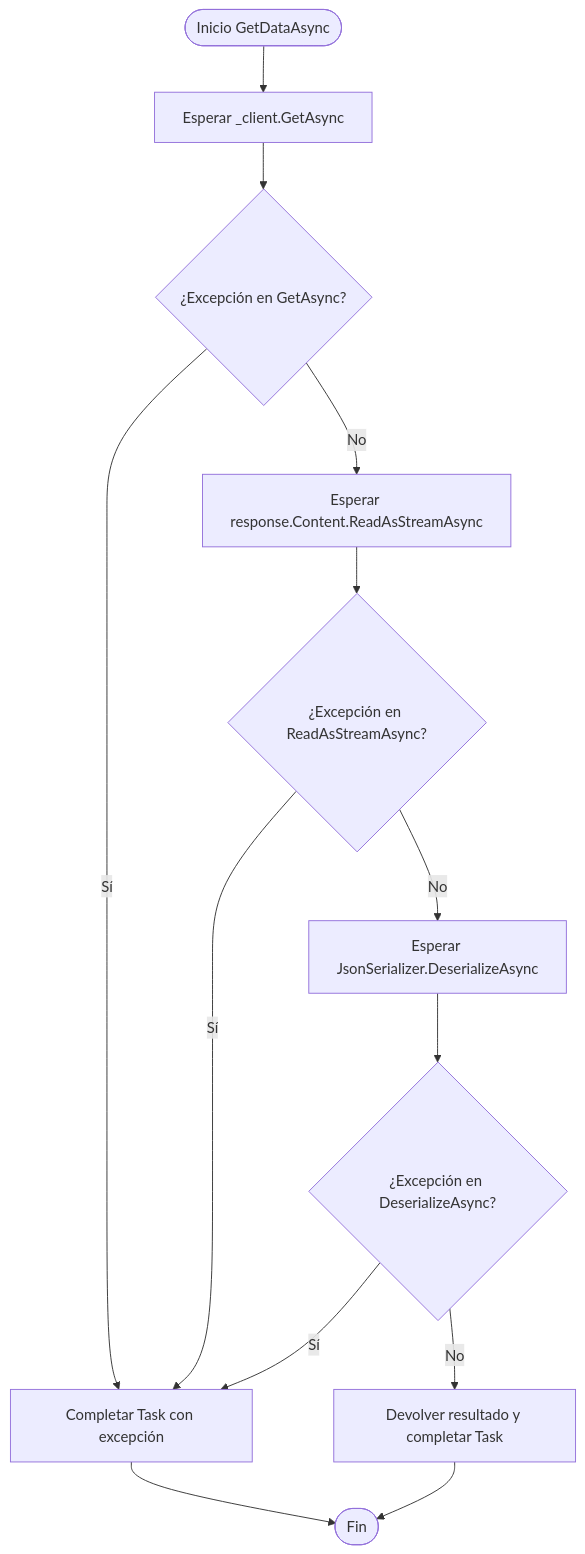
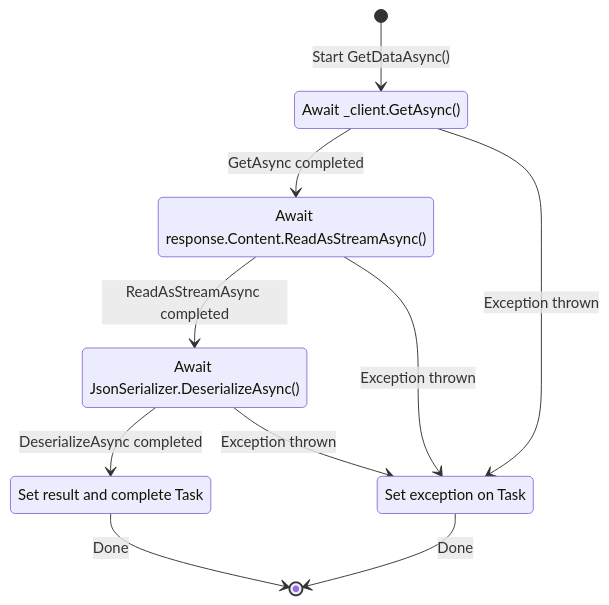
One commit to leomicheloni/Dotnet-Bilbao-2025-Async-Await changed the diagram in state.mmd. Above: the diagram before and after it, drawn with Mermaid. The commit also changed 2 other files, not shown here.

```diff
--- a/state.mmd
+++ b/state.mmd
@@ -1,24 +1,15 @@
-flowchart TD
-    Start([Inicio GetDataAsync])
-    Await1[Esperar _client.GetAsync]
-    Check1{¿Excepción en GetAsync?}
-    Await2[Esperar response.Content.ReadAsStreamAsync]
-    Check2{¿Excepción en ReadAsStreamAsync?}
-    Await3[Esperar JsonSerializer.DeserializeAsync]
-    Check3{¿Excepción en DeserializeAsync?}
-    Return[Devolver resultado y completar Task]
-    Exception[Completar Task con excepción]
-    End([Fin])
-
-    Start --> Await1
-    Await1 --> Check1
-    Check1 -- Sí --> Exception
-    Check1 -- No --> Await2
-    Await2 --> Check2
-    Check2 -- Sí --> Exception
-    Check2 -- No --> Await3
-    Await3 --> Check3
-    Check3 -- Sí --> Exception
-    Check3 -- No --> Return
-    Return --> End
-    Exception --> End
+stateDiagram-v2
+    [*] --> Await_GetAsync : Start GetDataAsync()
+    Await_GetAsync : Await _client.GetAsync()
+    Await_GetAsync --> Await_ReadAsStreamAsync : GetAsync completed
+    Await_ReadAsStreamAsync : Await response.Content.ReadAsStreamAsync()
+    Await_ReadAsStreamAsync --> Await_DeserializeAsync : ReadAsStreamAsync completed
+    Await_DeserializeAsync : Await JsonSerializer.DeserializeAsync()
+    Await_DeserializeAsync --> Return_Result : DeserializeAsync completed
+    Return_Result : Set result and complete Task
+    Await_GetAsync --> Exception : Exception thrown
+    Await_ReadAsStreamAsync --> Exception : Exception thrown
+    Await_DeserializeAsync --> Exception : Exception thrown
+    Exception : Set exception on Task
+    Return_Result --> [*] : Done
+    Exception --> [*] : Done
```
